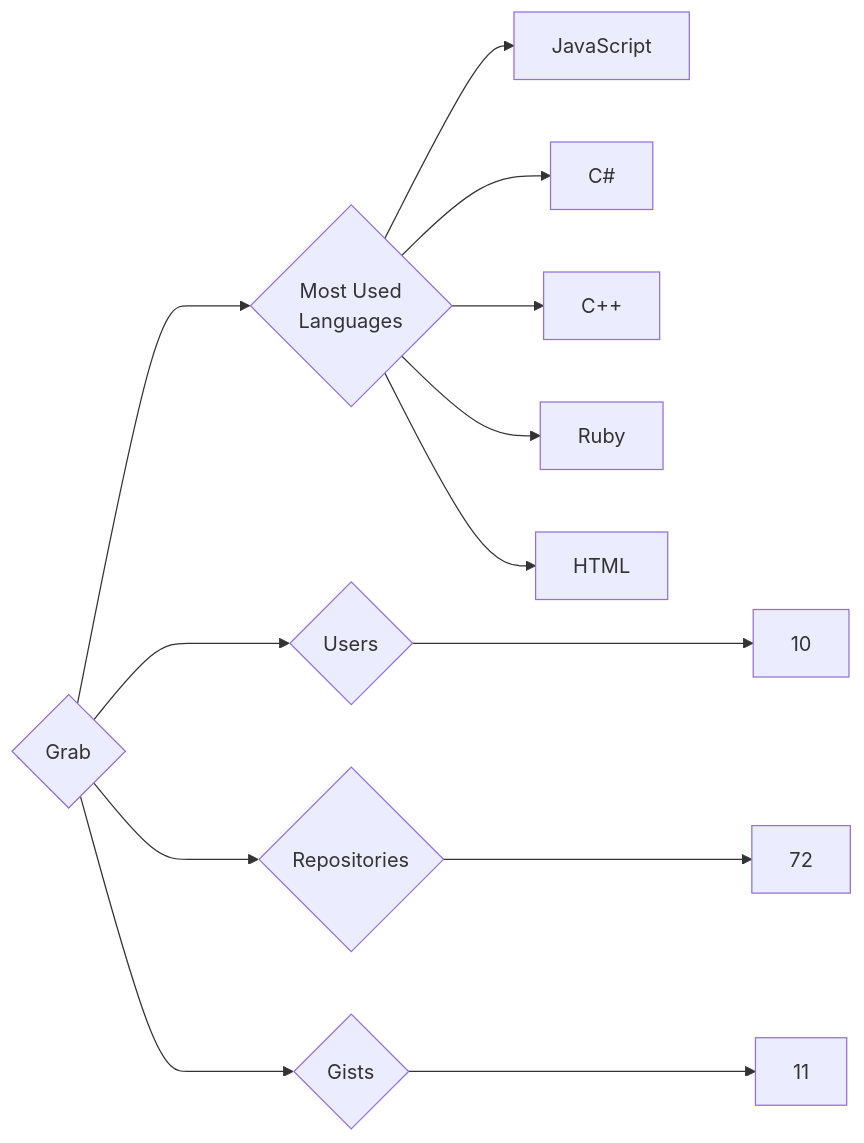
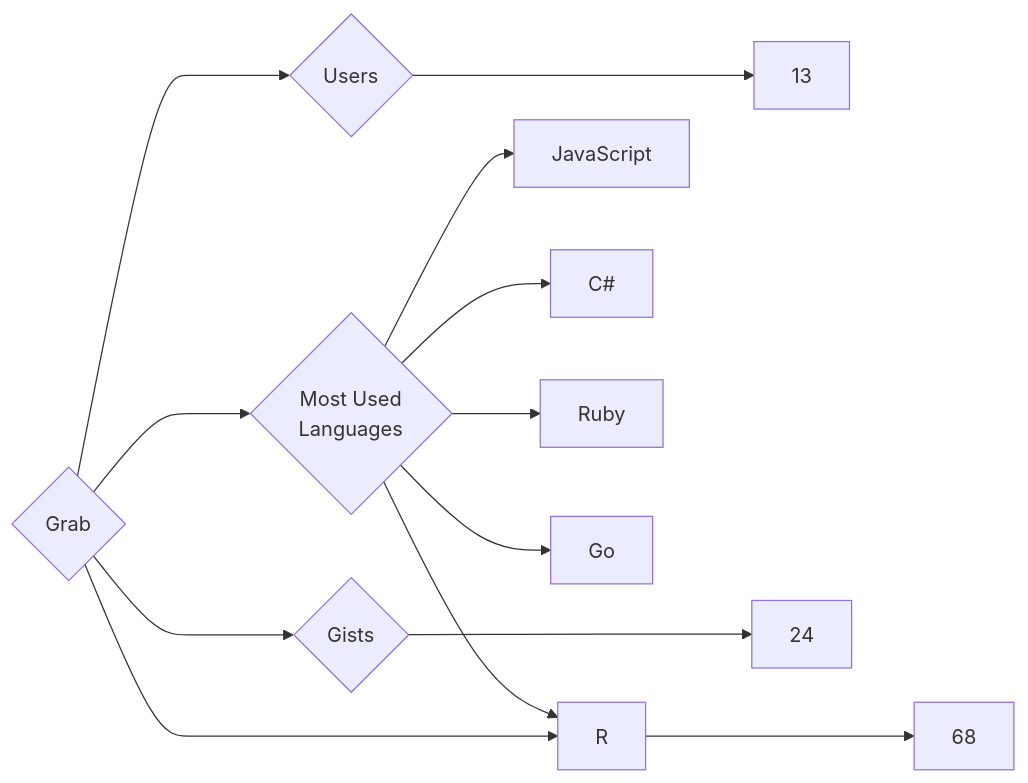
Before and after one commit to trickest/insiders: the diagram in targets/Grab/README.md, drawn with Mermaid. The commit also changed 965 other files, not shown here.

````diff
--- a/targets/Grab/README.md
+++ b/targets/Grab/README.md
@@ -3,13 +3,13 @@
 ```mermaid
 graph LR
 COMPANY_NAME{Grab}
-COMPANY_NAME ---> U{Users} ---> UN[10]
-COMPANY_NAME ---> R{Repositories} ---> RN[72]
-COMPANY_NAME ---> G{Gists} ---> GN[11]
+COMPANY_NAME ---> U{Users} ---> UN[13]
+COMPANY_NAME ---> R{Repositories} ---> RN[68]
+COMPANY_NAME ---> G{Gists} ---> GN[24]
 COMPANY_NAME ---> ML{Most Used<br>Languages}
 ML --> JavaScript[JavaScript]
 ML --> C#[C#]
-ML --> C++[C++]
 ML --> Ruby[Ruby]
-ML --> HTML[HTML]
+ML --> R[R]
+ML --> Go[Go]
 ```
````
